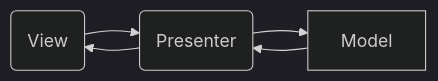
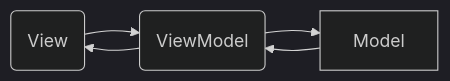
One commit to AbyssWXK/ObsidianNote changed the third of 15 diagrams in First/BTSystemSettingUML/1.total/系统结构.md. Above: the diagram before and after it, drawn with Mermaid (dark theme). The commit also changed other lines of this file, not shown here.

````diff
--- a/First/BTSystemSettingUML/1.total/系统结构.md
+++ b/First/BTSystemSettingUML/1.total/系统结构.md
@@ -32,8 +32,8 @@
 ```mermaid
 graph LR
-View(View) -->Presenter(Presenter)
+View(View) -->Presenter(ViewModel)
 Presenter -->Model
 Presenter -->View
 Model-->Presenter
 
 ```
````
